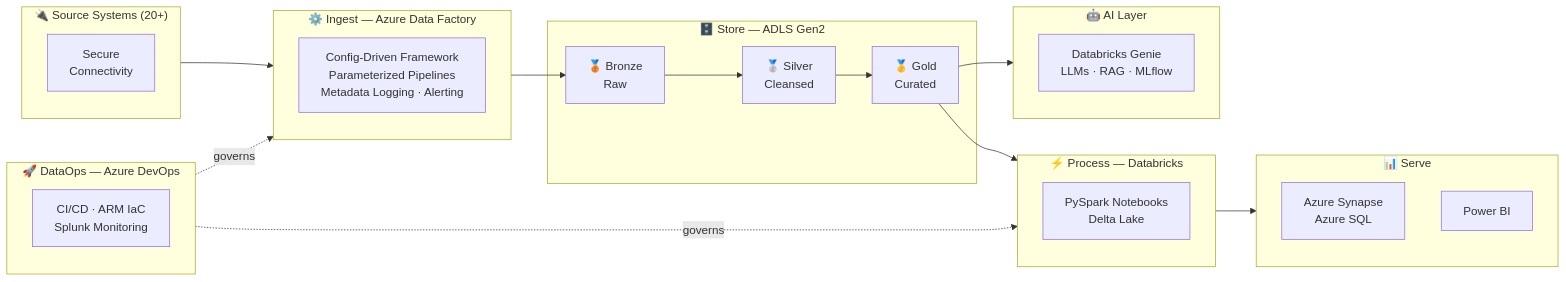
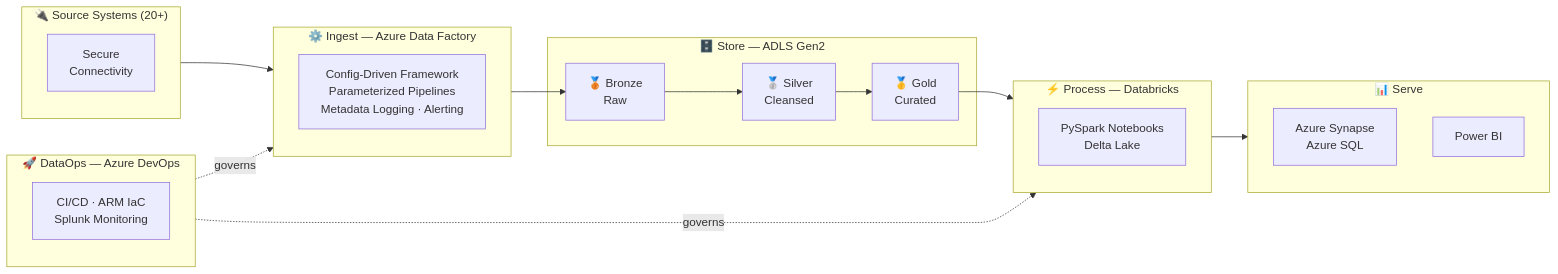
Before and after one commit to ashishpurohit30/ashishpurohit30.github.io: the diagram in README.md, drawn with Mermaid. The commit also changed other lines of this file and 1 other file, not shown here.

````diff
--- a/README.md
+++ b/README.md
@@ -98,40 +95,35 @@
 ```mermaid
 flowchart LR
     subgraph SOURCES["🔌 Source Systems (20+)"]
         S1["Secure\nConnectivity"]
     end
 
     subgraph INGEST["⚙️ Ingest — Azure Data Factory"]
         ADF["Config-Driven Framework\nParameterized Pipelines\nMetadata Logging · Alerting"]
     end
 
     subgraph STORE["🗄️ Store — ADLS Gen2"]
         B["🥉 Bronze\nRaw"]
         SI["🥈 Silver\nCleansed"]
         G["🥇 Gold\nCurated"]
     end
 
     subgraph PROCESS["⚡ Process — Databricks"]
         DBX["PySpark Notebooks\nDelta Lake"]
     end
 
     subgraph SERVE["📊 Serve"]
         SYN["Azure Synapse\nAzure SQL"]
         PBI["Power BI"]
     end
 
-    subgraph AI["🤖 AI Layer"]
-        GEN["Databricks Genie\nLLMs · RAG · MLflow"]
-    end
-
     subgraph OPS["🚀 DataOps — Azure DevOps"]
         CICD["CI/CD · ARM IaC\nSplunk Monitoring"]
     end
 
     SOURCES --> INGEST --> B --> SI --> G
     G --> PROCESS
     PROCESS --> SERVE
-    G --> AI
     OPS -.->|governs| INGEST
     OPS -.->|governs| PROCESS
 ```
````
